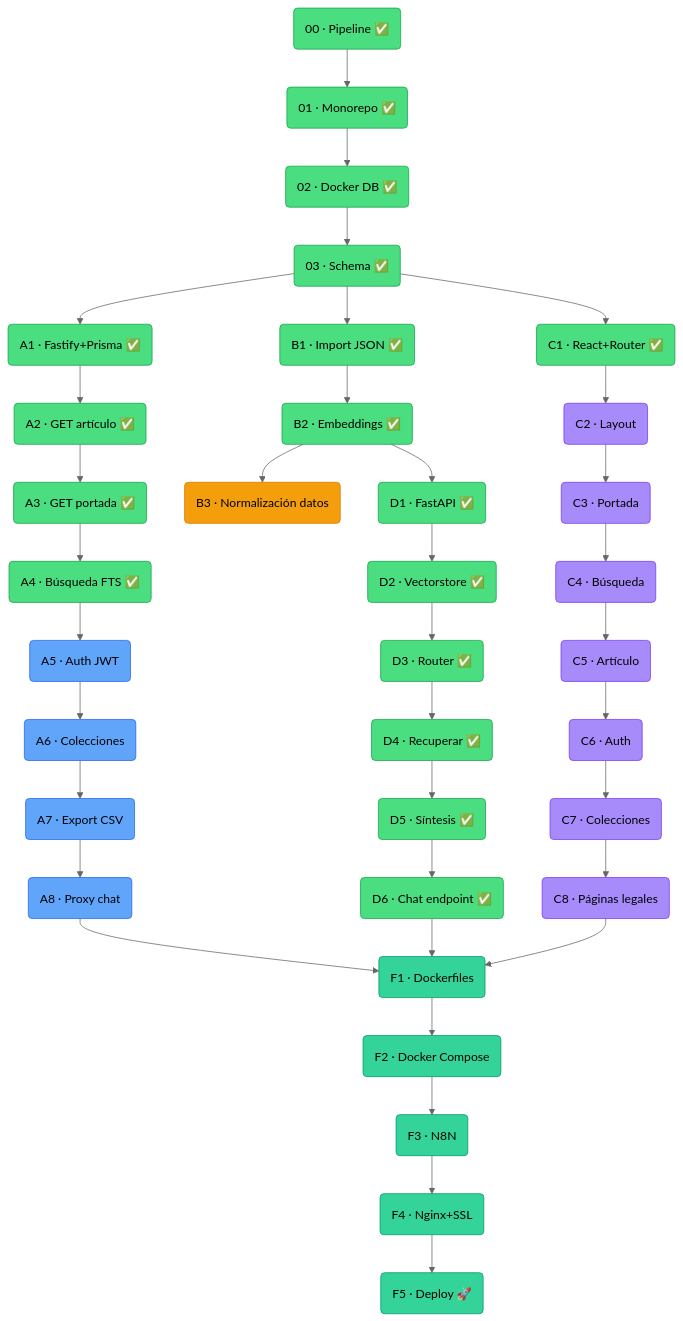
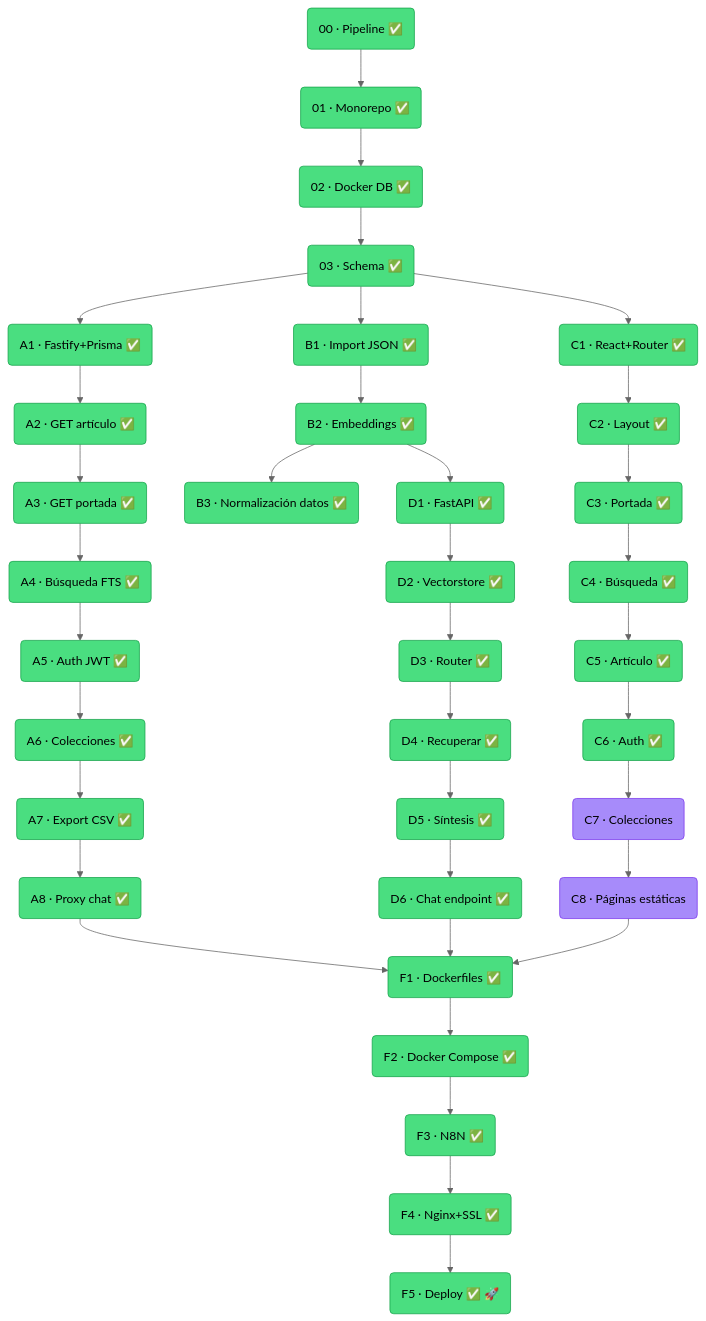
One commit to Daniel-kripta/Proyecto_Final_Full_Stack_-_Sansofe_WebApp changed the diagram in README.md. Above: the diagram before and after it, drawn with Mermaid (neutral theme). The commit also changed other lines of this file and 4 other files, not shown here.

````diff
--- a/README.md
+++ b/README.md
@@ -173,53 +175,53 @@
 ```mermaid
 graph TD
     P00("00 · Pipeline ✅"):::done --> P01("01 · Monorepo ✅"):::done
     P01 --> P02("02 · Docker DB ✅"):::done
     P02 --> P03("03 · Schema ✅"):::done
 
     P03 --> A1("A1 · Fastify+Prisma ✅"):::done
     P03 --> B1("B1 · Import JSON ✅"):::done
     P03 --> C1("C1 · React+Router ✅"):::done
 
     A1 --> A2("A2 · GET artículo ✅"):::done
     A2 --> A3("A3 · GET portada ✅"):::done
     A3 --> A4("A4 · Búsqueda FTS ✅"):::done
-    A4 --> A5("A5 · Auth JWT"):::backend
-    A5 --> A6("A6 · Colecciones"):::backend
-    A6 --> A7("A7 · Export CSV"):::backend
-    A7 --> A8("A8 · Proxy chat"):::backend
+    A4 --> A5("A5 · Auth JWT ✅"):::done
+    A5 --> A6("A6 · Colecciones ✅"):::done
+    A6 --> A7("A7 · Export CSV ✅"):::done
+    A7 --> A8("A8 · Proxy chat ✅"):::done
 
     B1 --> B2("B2 · Embeddings ✅"):::done
-    B2 --> B3("B3 · Normalización datos"):::data
+    B2 --> B3("B3 · Normalización datos ✅"):::done
 
-    C1 --> C2("C2 · Layout"):::frontend
-    C2 --> C3("C3 · Portada"):::frontend
-    C3 --> C4("C4 · Búsqueda"):::frontend
-    C4 --> C5("C5 · Artículo"):::frontend
-    C5 --> C6("C6 · Auth"):::frontend
+    C1 --> C2("C2 · Layout ✅"):::done
+    C2 --> C3("C3 · Portada ✅"):::done
+    C3 --> C4("C4 · Búsqueda ✅"):::done
+    C4 --> C5("C5 · Artículo ✅"):::done
+    C5 --> C6("C6 · Auth ✅"):::done
     C6 --> C7("C7 · Colecciones"):::frontend
-    C7 --> C8("C8 · Páginas legales"):::frontend
+    C7 --> C8("C8 · Páginas estáticas"):::frontend
 
     B2 --> D1("D1 · FastAPI ✅"):::done
     D1 --> D2("D2 · Vectorstore ✅"):::done
     D2 --> D3("D3 · Router ✅"):::done
     D3 --> D4("D4 · Recuperar ✅"):::done
     D4 --> D5("D5 · Síntesis ✅"):::done
     D5 --> D6("D6 · Chat endpoint ✅"):::done
 
-    A8 --> F1("F1 · Dockerfiles"):::deploy
+    A8 --> F1("F1 · Dockerfiles ✅"):::done
     C8 --> F1
     D6 --> F1
 
-    F1 --> F2("F2 · Docker Compose"):::deploy
-    F2 --> F3("F3 · N8N"):::deploy
-    F3 --> F4("F4 · Nginx+SSL"):::deploy
-    F4 --> F5("F5 · Deploy 🚀"):::deploy
+    F1 --> F2("F2 · Docker Compose ✅"):::done
+    F2 --> F3("F3 · N8N ✅"):::done
+    F3 --> F4("F4 · Nginx+SSL ✅"):::done
+    F4 --> F5("F5 · Deploy ✅ 🚀"):::done
 
     classDef done fill:#4ade80,stroke:#16a34a,color:#000
     classDef setup fill:#94a3b8,stroke:#475569,color:#000
     classDef backend fill:#60a5fa,stroke:#2563eb,color:#000
     classDef data fill:#f59e0b,stroke:#d97706,color:#000
     classDef frontend fill:#a78bfa,stroke:#7c3aed,color:#000
     classDef ai fill:#f472b6,stroke:#db2777,color:#000
     classDef deploy fill:#34d399,stroke:#059669,color:#000
 ```
````
